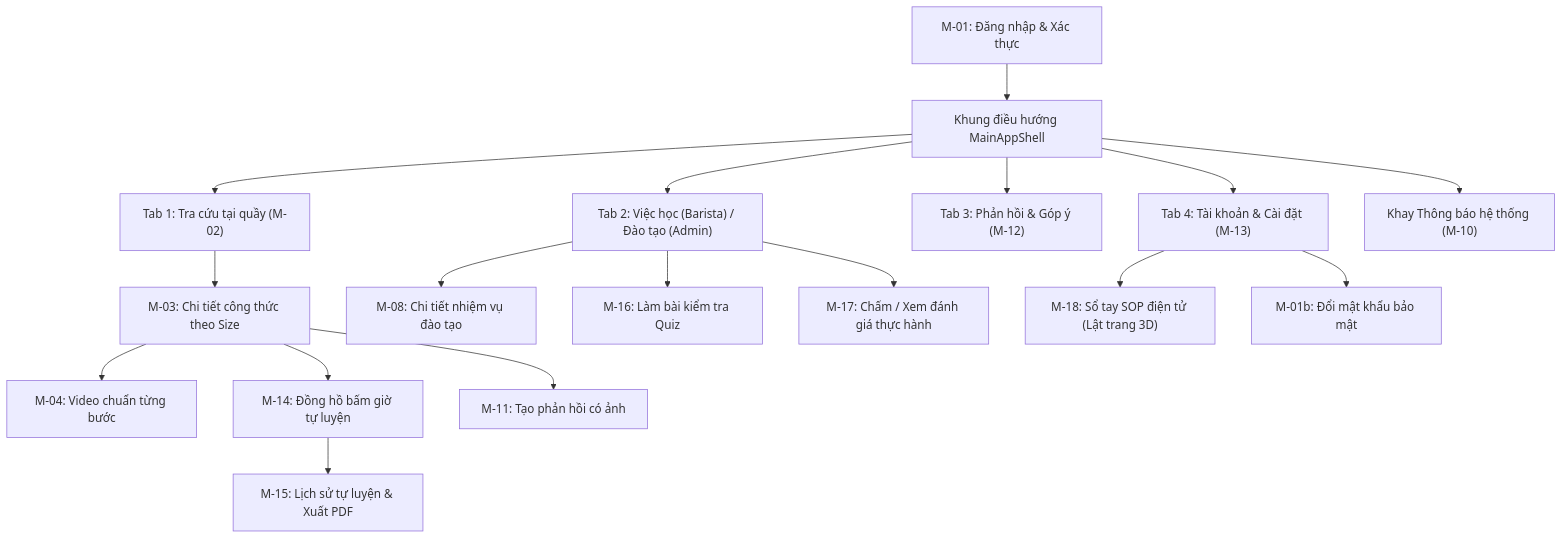
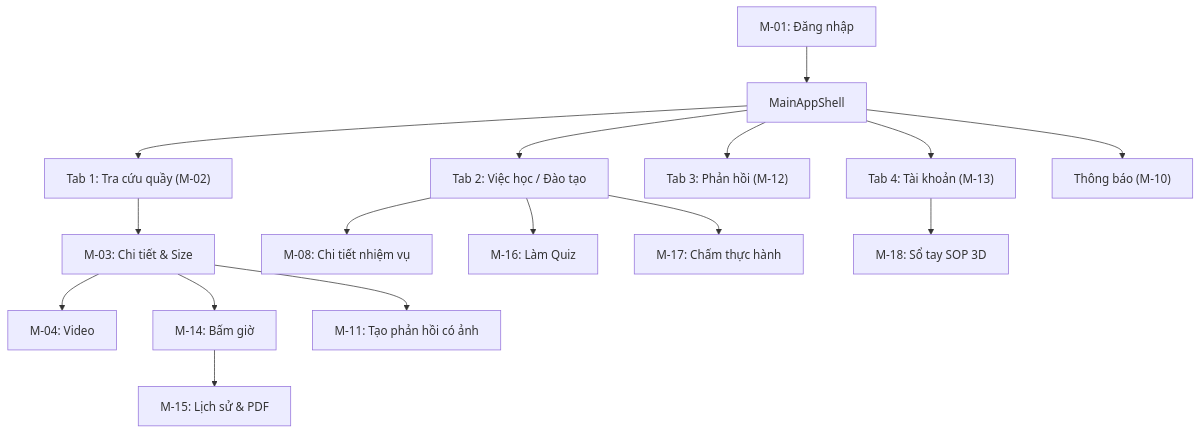
One commit to SonNPXSE183201/RecipeHub_Mobile changed the first of 2 diagrams in report/Lab03_SE183201.md. Above: the diagram before and after it, drawn with Mermaid. The commit also changed other lines of this file and 3 other files, not shown here.

````diff
--- a/report/Lab03_SE183201.md
+++ b/report/Lab03_SE183201.md
@@ -66,22 +53,17 @@
 ```mermaid
 graph TD
-    M01["M-01: Đăng nhập & Xác thực"] --> Shell["Khung điều hướng MainAppShell"]
-    Shell --> T1["Tab 1: Tra cứu tại quầy (M-02)"]
-    Shell --> T2["Tab 2: Việc học (Barista) / Đào tạo (Admin)"]
-    Shell --> T3["Tab 3: Phản hồi & Góp ý (M-12)"]
-    Shell --> T4["Tab 4: Tài khoản & Cài đặt (M-13)"]
-    Shell --> Bell["Khay Thông báo hệ thống (M-10)"]
+    M01["M-01: Đăng nhập"] --> Shell["MainAppShell"]
+    Shell --> T1["Tab 1: Tra cứu quầy (M-02)"]
+    Shell --> T2["Tab 2: Việc học / Đào tạo"]
+    Shell --> T3["Tab 3: Phản hồi (M-12)"]
+    Shell --> T4["Tab 4: Tài khoản (M-13)"]
+    Shell --> Bell["Thông báo (M-10)"]
     
-    T1 --> M03["M-03: Chi tiết công thức theo Size"]
-    M03 --> M04["M-04: Video chuẩn từng bước"]
-    M03 --> M14["M-14: Đồng hồ bấm giờ tự luyện"]
+    T1 --> M03["M-03: Chi tiết & Size"] --> M04["M-04: Video"]
+    M03 --> M14["M-14: Bấm giờ"] --> M15["M-15: Lịch sử & PDF"]
     M03 --> M11["M-11: Tạo phản hồi có ảnh"]
-    M14 --> M15["M-15: Lịch sử tự luyện & Xuất PDF"]
-    
-    T2 --> M08["M-08: Chi tiết nhiệm vụ đào tạo"]
-    T2 --> M16["M-16: Làm bài kiểm tra Quiz"]
-    T2 --> M17["M-17: Chấm / Xem đánh giá thực hành"]
-    
-    T4 --> M18["M-18: Sổ tay SOP điện tử (Lật trang 3D)"]
-    T4 --> M01b["M-01b: Đổi mật khẩu bảo mật"]
+    T2 --> M08["M-08: Chi tiết nhiệm vụ"]
+    T2 --> M16["M-16: Làm Quiz"]
+    T2 --> M17["M-17: Chấm thực hành"]
+    T4 --> M18["M-18: Sổ tay SOP 3D"]
 ```
````
